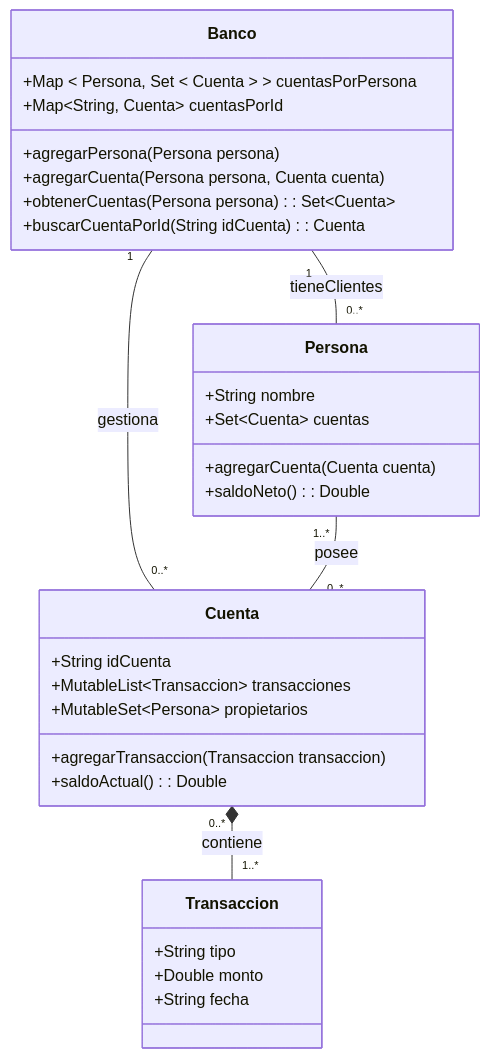
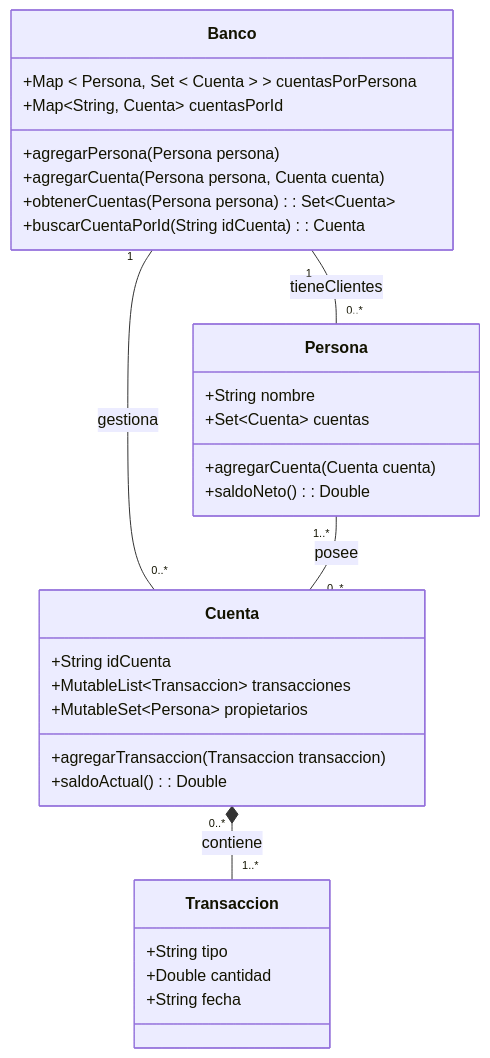
The diagram in labo03/colecciones/RetoBancario.md (DiegoMartindeAndres/Labos-PSM), drawn with Mermaid before and after one commit. The commit also changed other lines of this file, not shown here.

````diff
--- a/labo03/colecciones/RetoBancario.md
+++ b/labo03/colecciones/RetoBancario.md
@@ -15,38 +15,38 @@
 ```mermaid
 classDiagram
     class Banco {
         +Map < Persona, Set < Cuenta > > cuentasPorPersona
         +Map~String, Cuenta~ cuentasPorId
         +agregarPersona(Persona persona)
         +agregarCuenta(Persona persona, Cuenta cuenta)
         +obtenerCuentas(Persona persona): Set~Cuenta~
         +buscarCuentaPorId(String idCuenta): Cuenta
     }
 
     class Persona {
         +String nombre
         +Set~Cuenta~ cuentas
         +agregarCuenta(Cuenta cuenta)
         +saldoNeto(): Double
     }
 
     class Cuenta {
         +String idCuenta
         +MutableList~Transaccion~ transacciones
         +MutableSet~Persona~ propietarios
         +agregarTransaccion(Transaccion transaccion)
         +saldoActual(): Double
     }
 
     class Transaccion {
         +String tipo
-        +Double monto
+        +Double cantidad
         +String fecha
     }
 
     Banco "1" -- "0..*" Persona: tieneClientes
     Banco "1" -- "0..*" Cuenta: gestiona
     Persona "1..*" -- "0..*" Cuenta: posee
     Cuenta "0..*" *-- "1..*" Transaccion: contiene
 
 ```
````
